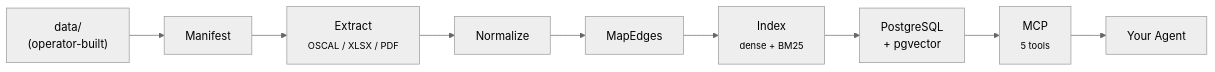
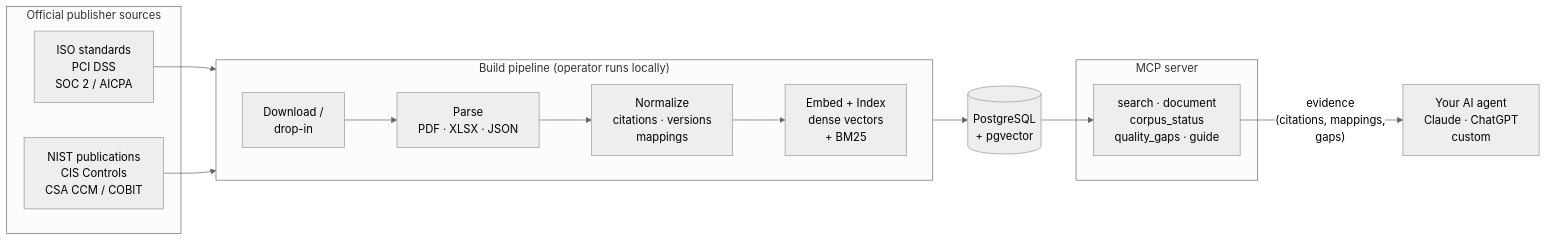
The diagram in README.md (dannyota/compliary), drawn with Mermaid (neutral theme) before and after one commit. The commit also changed other lines of this file, not shown here.

Commit message:
docs: better How it works diagram — sources, pipeline, serve, agent
Three-column Mermaid: official publisher sources on the left, the
operator's local build pipeline in the middle (download, parse, normalize,
embed), and the MCP server on the right serving evidence to the agent.
Readable without knowing the codebase.

````diff
--- a/README.md
+++ b/README.md
@@ -34,11 +34,24 @@
 ```mermaid
 graph LR
-    A["data/<br/>(operator-built)"] --> B[Manifest]
-    B --> C["Extract<br/><sub>OSCAL / XLSX / PDF</sub>"]
-    C --> D[Normalize]
-    D --> E[MapEdges]
-    E --> F["Index<br/><sub>dense + BM25</sub>"]
-    F --> G["PostgreSQL<br/>+ pgvector"]
-    G --> H["MCP<br/><sub>5 tools</sub>"]
-    H --> I[Your Agent]
+    subgraph sources ["Official publisher sources"]
+        S1["ISO standards<br/>PCI DSS<br/>SOC 2 / AICPA"]
+        S2["NIST publications<br/>CIS Controls<br/>CSA CCM / COBIT"]
+    end
+
+    subgraph pipeline ["Build pipeline (operator runs locally)"]
+        direction LR
+        P1["Download /<br/>drop-in"] --> P2["Parse<br/>PDF · XLSX · JSON"]
+        P2 --> P3["Normalize<br/>citations · versions<br/>mappings"]
+        P3 --> P4["Embed + Index<br/>dense vectors<br/>+ BM25"]
+    end
+
+    subgraph serve ["MCP server"]
+        M["search · document<br/>corpus_status<br/>quality_gaps · guide"]
+    end
+
+    S1 --> P1
+    S2 --> P1
+    P4 --> DB[("PostgreSQL<br/>+ pgvector")]
+    DB --> M
+    M -- "evidence<br/>(citations, mappings,<br/>gaps)" --> Agent["Your AI agent<br/>Claude · ChatGPT<br/>custom"]
 ```
````
